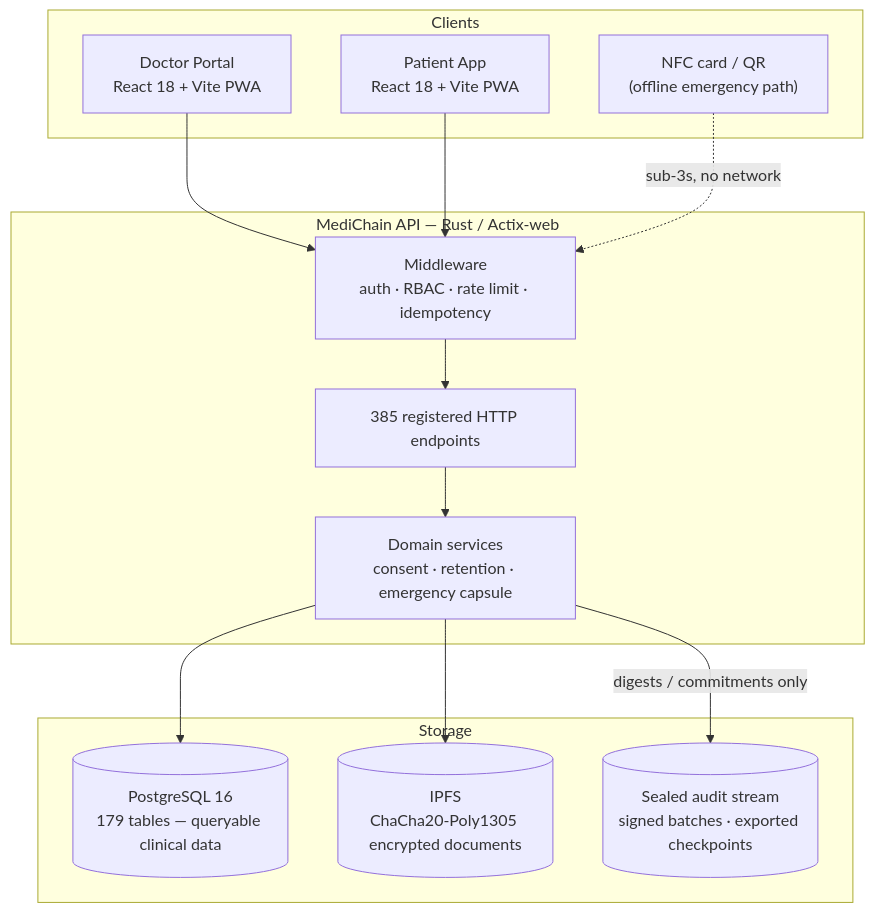
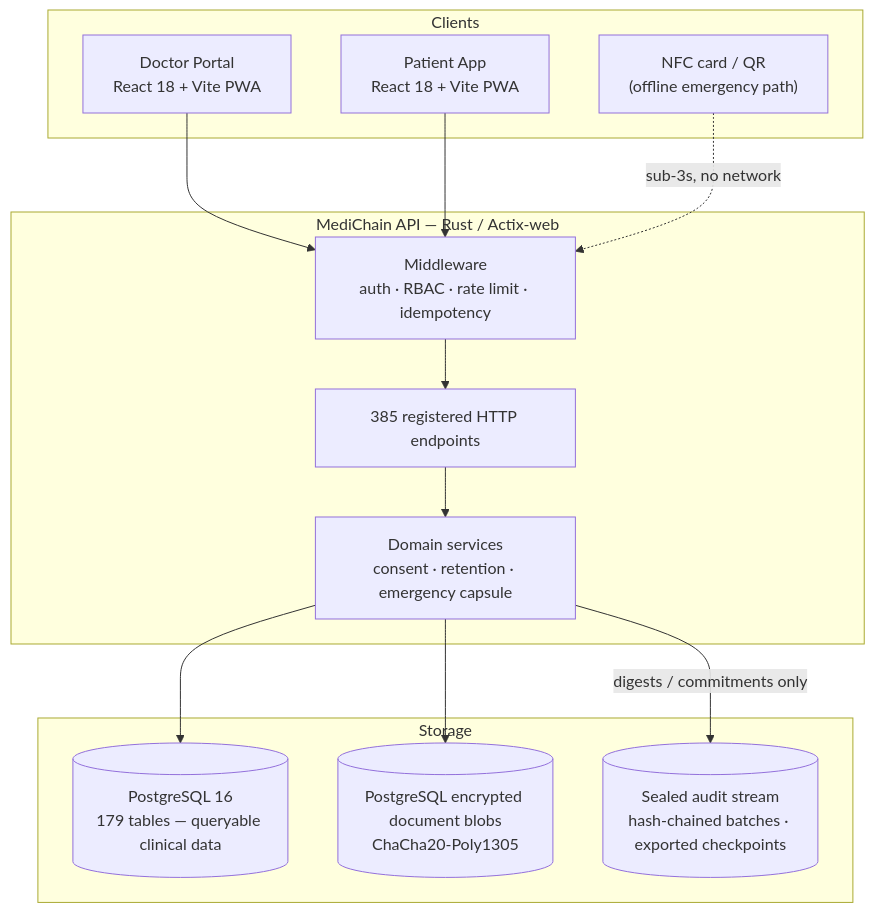
One commit to Lukau-Tech-Invasion/medichain changed the diagram in README.md. Above: the diagram before and after it, drawn with Mermaid. The commit also changed other lines of this file and 16 other files, not shown here.

Commit message:
Keep MediChain demo data in PostgreSQL and fail closed on storage loss

````diff
--- a/README.md
+++ b/README.md
@@ -50,28 +50,28 @@
 ```mermaid
 graph TB
     subgraph Clients
         DP["Doctor Portal<br/>React 18 + Vite PWA"]
         PA["Patient App<br/>React 18 + Vite PWA"]
         NFC["NFC card / QR<br/>(offline emergency path)"]
     end
 
     subgraph API["MediChain API — Rust / Actix-web"]
         MW["Middleware<br/>auth · RBAC · rate limit · idempotency"]
         H["385 registered HTTP endpoints"]
         SVC["Domain services<br/>consent · retention · emergency capsule"]
     end
 
     subgraph Storage
         PG[("PostgreSQL 16<br/>179 tables — queryable clinical data")]
-        IPFS[("IPFS<br/>ChaCha20-Poly1305 encrypted documents")]
-        SEAL[("Sealed audit stream<br/>signed batches · exported checkpoints")]
+        BLOBS[("PostgreSQL encrypted document blobs<br/>ChaCha20-Poly1305")]
+        SEAL[("Sealed audit stream<br/>hash-chained batches · exported checkpoints")]
     end
 
     DP --> MW
     PA --> MW
     NFC -.->|"sub-3s, no network"| MW
     MW --> H --> SVC
     SVC --> PG
-    SVC --> IPFS
+    SVC --> BLOBS
     SVC -->|"digests / commitments only"| SEAL
 ```
````
